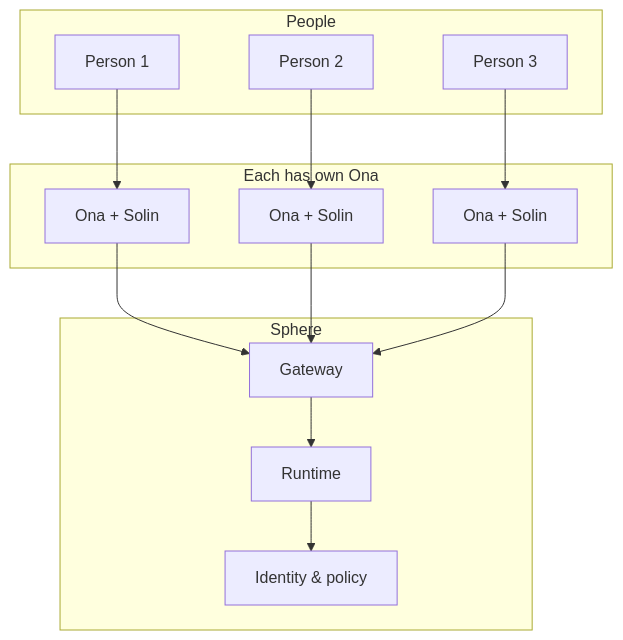
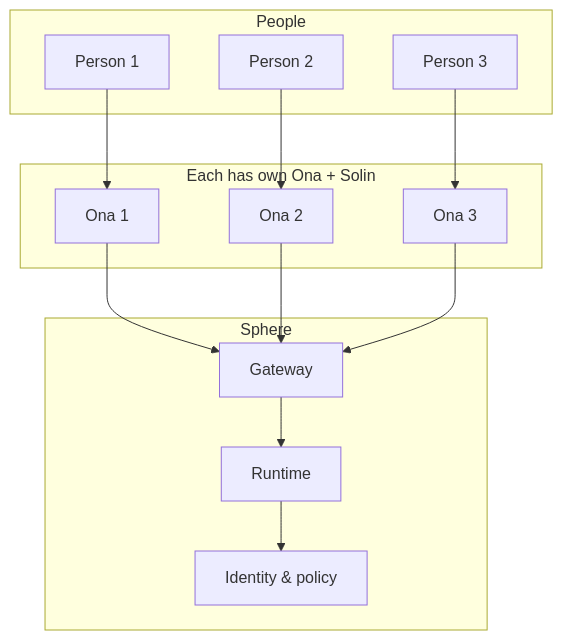
Before and after one commit to zerwiz/onapublic: diagram 14 of 19 in TECH_STACK.md, drawn with Mermaid. The commit also changed other lines of this file, not shown here.

First line of the commit message:
docs: TECH_STACK — more Mermaids, memory layers, security, pluggable, dev tooling

````diff
--- a/TECH_STACK.md
+++ b/TECH_STACK.md
@@ -208,26 +444,26 @@
 ```mermaid
 flowchart TB
   subgraph users["People"]
     U1[Person 1]
     U2[Person 2]
     U3[Person 3]
   end
-  subgraph onas["Each has own Ona"]
-    O1[Ona + Solin]
-    O2[Ona + Solin]
-    O3[Ona + Solin]
+  subgraph onas["Each has own Ona + Solin"]
+    O1[Ona 1]
+    O2[Ona 2]
+    O3[Ona 3]
   end
   subgraph sphere["Sphere"]
     GW[Gateway]
     RT[Runtime]
     ID[Identity & policy]
   end
   U1 --> O1
   U2 --> O2
   U3 --> O3
   O1 --> GW
   O2 --> GW
   O3 --> GW
   GW --> RT
   RT --> ID
 ```
````
